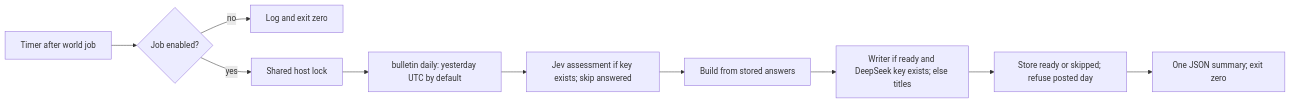
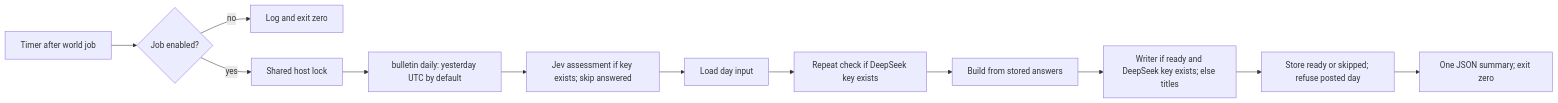
The diagram in src/app/usecases/bulletin/daily.md (Orlv-85/AI_PARSER), drawn with Mermaid before and after one commit. The commit also changed other lines of this file and 14 other files, not shown here.

````diff
--- a/src/app/usecases/bulletin/daily.md
+++ b/src/app/usecases/bulletin/daily.md
@@ -13,12 +13,14 @@
 ```mermaid
 flowchart LR
   timer[Timer after world job] --> switch{Job enabled?}
   switch -- no --> stop[Log and exit zero]
   switch -- yes --> lock[Shared host lock]
   lock --> daily[bulletin daily: yesterday UTC by default]
   daily --> assess[Jev assessment if key exists; skip answered]
-  assess --> build[Build from stored answers]
+  assess --> load[Load day input]
+  load --> repeats[Repeat check if DeepSeek key exists]
+  repeats --> build[Build from stored answers]
   build --> writer[Writer if ready and DeepSeek key exists; else titles]
   writer --> save[Store ready or skipped; refuse posted day]
   save --> summary[One JSON summary; exit zero]
 ```
````
